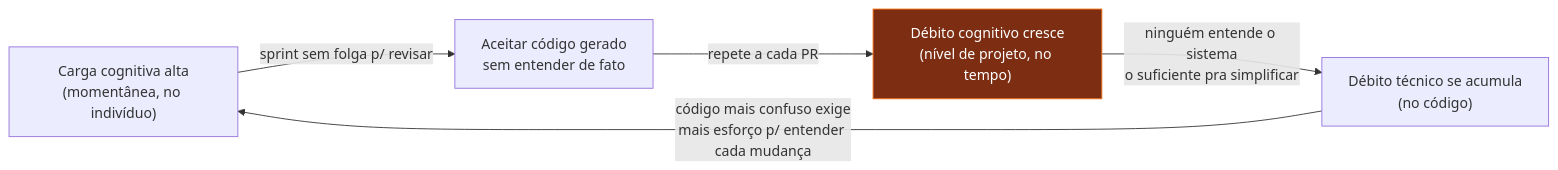
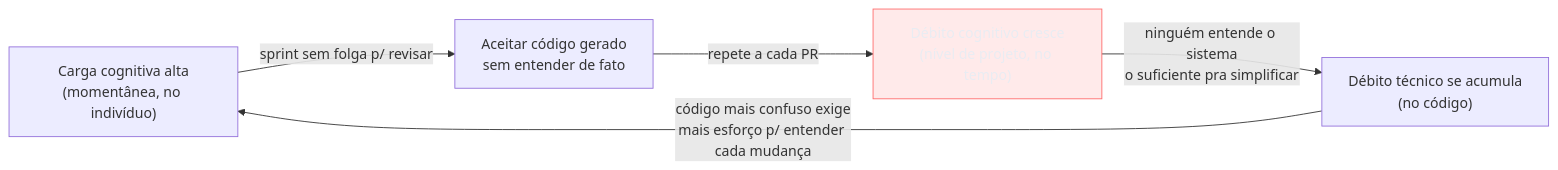
One commit to josenaldo/codex-technomanticus changed the diagram in 03-Dominios/Tecnologia/IA/O Lado Sombrio da IA/Débito cognitivo.md. Above: the diagram before and after it, drawn with Mermaid. The commit also changed 1181 other files, not shown here.

First line of the commit message:
fix(diagramas): paleta do sistema no lugar de cor cravada no markdown

````diff
--- a/03-Dominios/Tecnologia/IA/O Lado Sombrio da IA/Débito cognitivo.md
+++ b/03-Dominios/Tecnologia/IA/O Lado Sombrio da IA/Débito cognitivo.md
@@ -46,9 +46,10 @@
 ```mermaid
 flowchart LR
+    classDef falha fill:#FF6B6B24,stroke:#FF6B6B,color:#E9ECF2
     A["Carga cognitiva alta<br/>(momentânea, no indivíduo)"] -->|"sprint sem folga p/ revisar"| B["Aceitar código gerado<br/>sem entender de fato"]
     B -->|"repete a cada PR"| C["Débito cognitivo cresce<br/>(nível de projeto, no tempo)"]
     C -->|"ninguém entende o sistema<br/>o suficiente pra simplificar"| D["Débito técnico se acumula<br/>(no código)"]
     D -->|"código mais confuso exige<br/>mais esforço p/ entender cada mudança"| A
 
-    style C fill:#7c2d12,stroke:#f97316,color:#fff
+    class C falha
 ```
````
